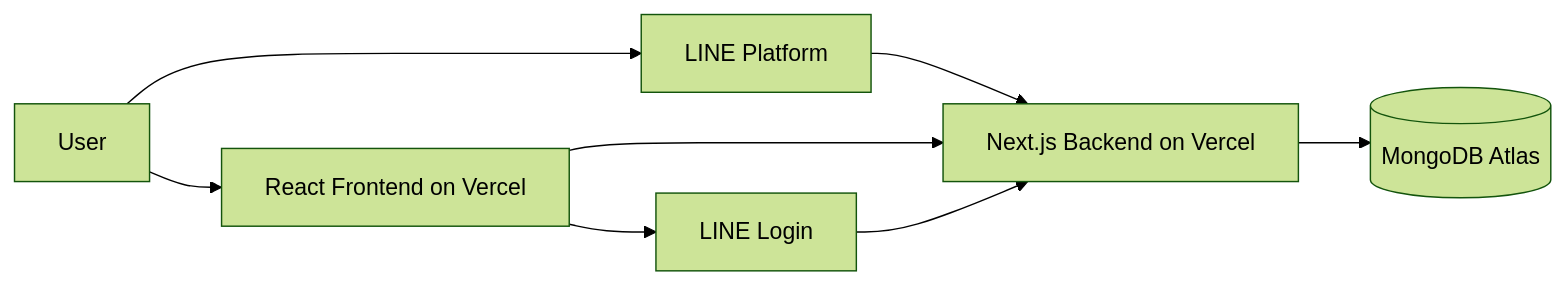
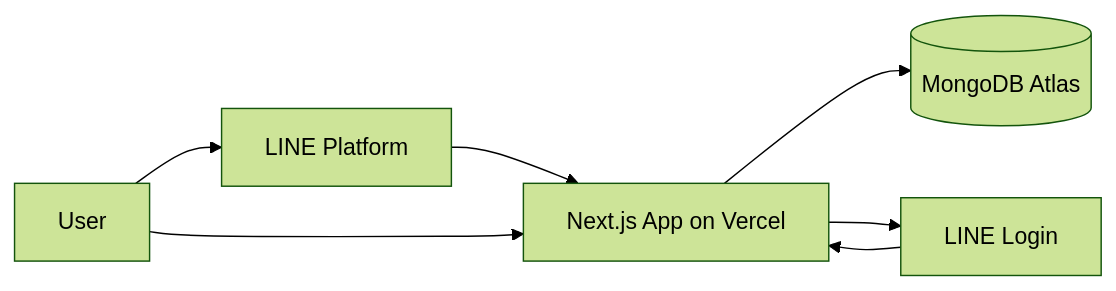
Before and after one commit to feetee00500/wallet-tree: the diagram in README.md, drawn with Mermaid (forest theme). The commit also changed other lines of this file and 86 other files, not shown here.

````diff
--- a/README.md
+++ b/README.md
@@ -5,11 +5,10 @@
 ```mermaid
 flowchart LR
     USER[User] --> LINE[LINE Platform]
-    LINE --> API[Next.js Backend on Vercel]
-    API --> DB[(MongoDB Atlas)]
+    LINE --> APP[Next.js App on Vercel]
+    APP --> DB[(MongoDB Atlas)]
 
-    USER --> WEB[React Frontend on Vercel]
-    WEB --> API
-    WEB --> LOGIN[LINE Login]
-    LOGIN --> API
+    USER --> APP
+    APP --> LOGIN[LINE Login]
+    LOGIN --> APP
 ```
````
